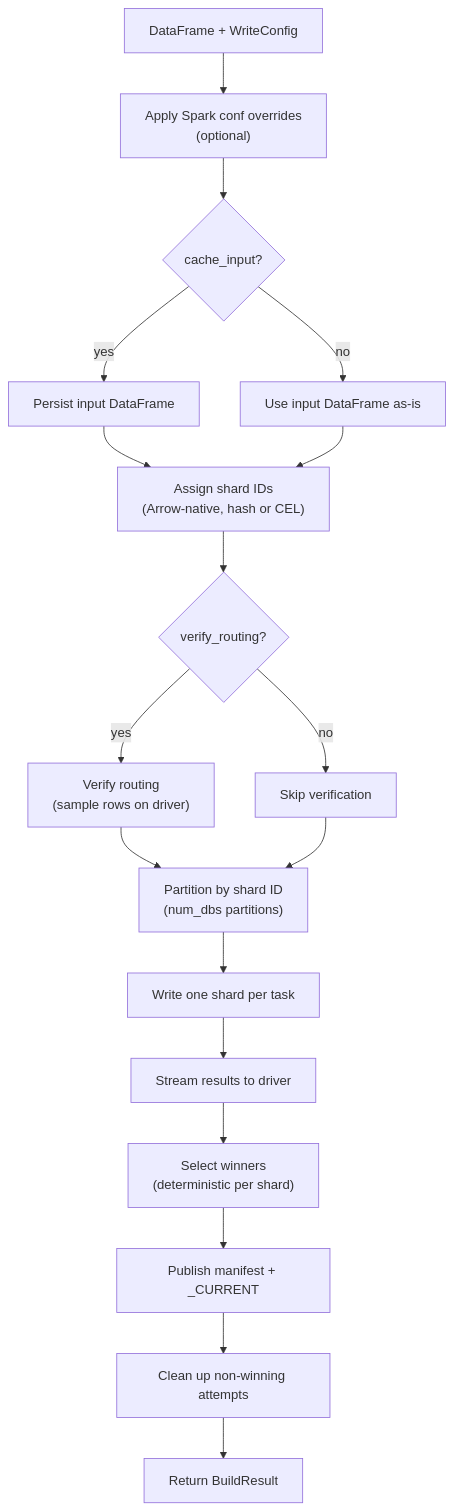
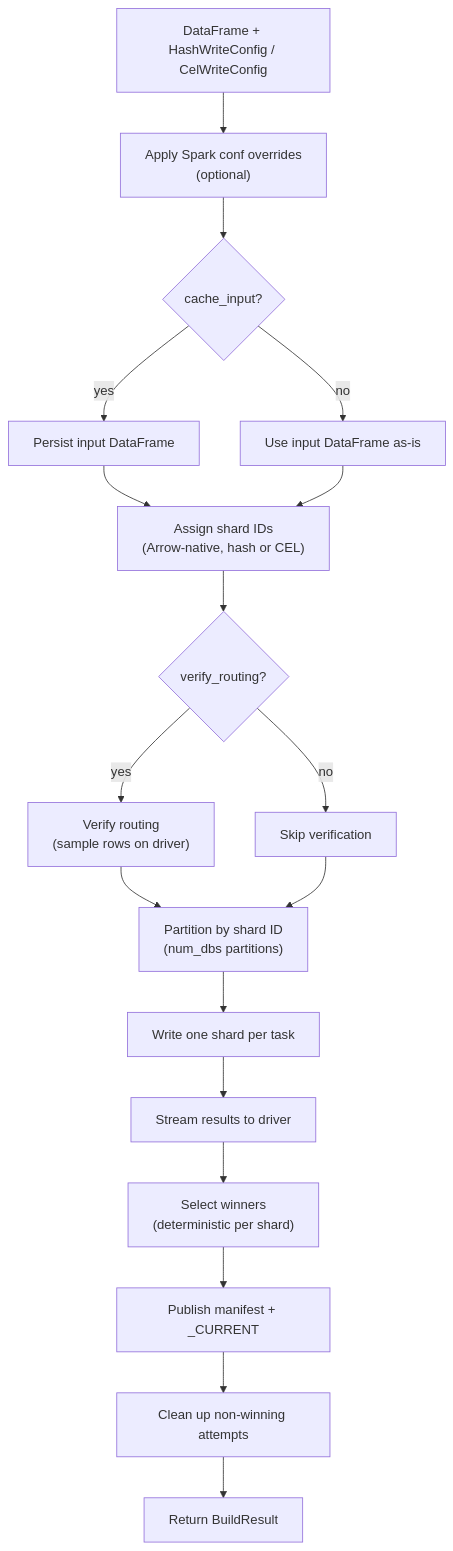
Before and after one commit to elkin/shardyfusion: the diagram in docs/use-cases/kv-storage/build/spark.md, drawn with Mermaid. The commit also changed other lines of this file and 11 other files, not shown here.

First line of the commit message:
docs: update writer docs for split hash/cel API

````diff
--- a/docs/use-cases/kv-storage/build/spark.md
+++ b/docs/use-cases/kv-storage/build/spark.md
@@ -71,20 +92,20 @@
 ```mermaid
 flowchart TD
-    A[DataFrame + WriteConfig] --> B["Apply Spark conf overrides<br/>(optional)"]
+    A[DataFrame + HashWriteConfig / CelWriteConfig] --> B["Apply Spark conf overrides<br/>(optional)"]
     B --> C{"cache_input?"}
     C -->|yes| D["Persist input DataFrame"]
     C -->|no| E[Use input DataFrame as-is]
     D --> F["Assign shard IDs<br/>(Arrow-native, hash or CEL)"]
     E --> F
     F --> G{"verify_routing?"}
     G -->|yes| H["Verify routing<br/>(sample rows on driver)"]
     G -->|no| I[Skip verification]
     H --> J["Partition by shard ID<br/>(num_dbs partitions)"]
     I --> J
     J --> K["Write one shard per task"]
     K --> L["Stream results to driver"]
     L --> M["Select winners<br/>(deterministic per shard)"]
     M --> N["Publish manifest + _CURRENT"]
     N --> O["Clean up non-winning attempts"]
     O --> P[Return BuildResult]
 ```
````
